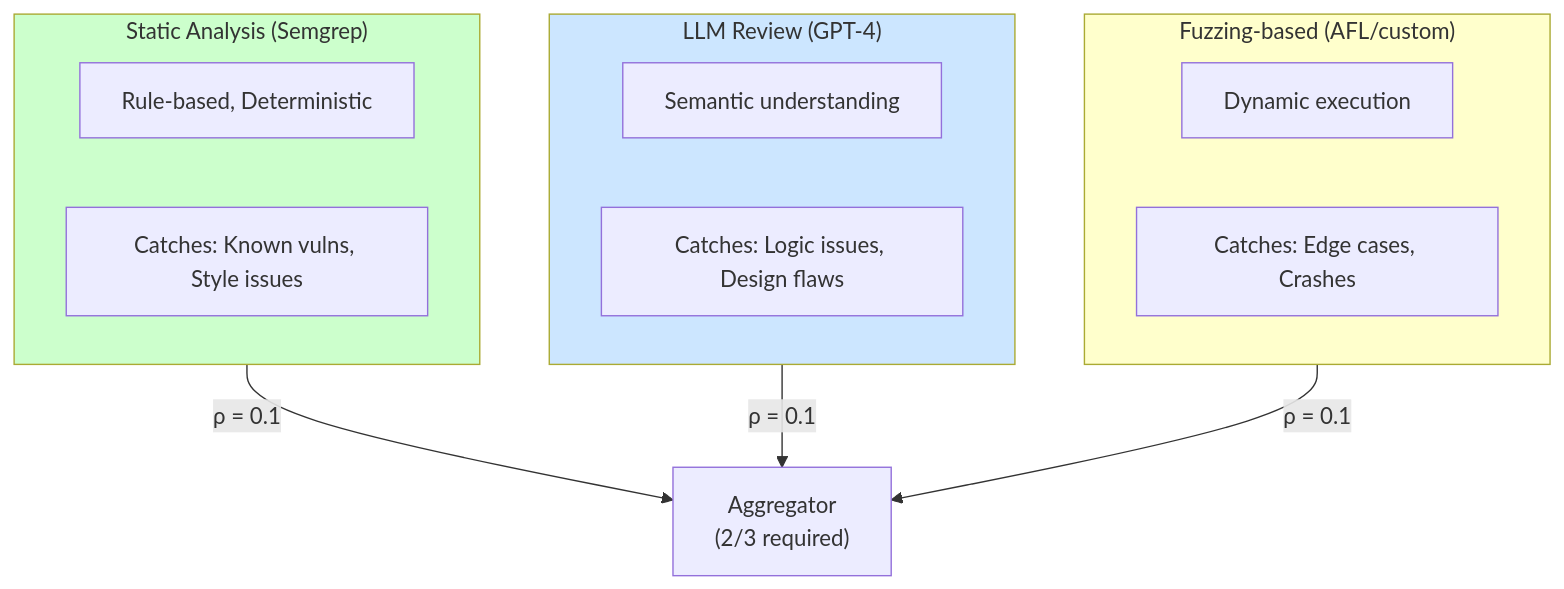
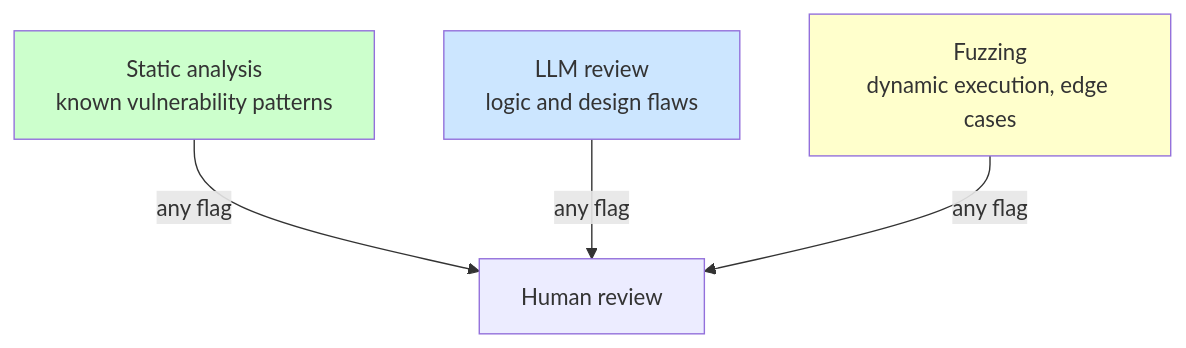
The third of 9 diagrams in apps/delegation-risk/src/content/docs/entanglements/case-studies/examples.md (quantified-uncertainty/cairn), drawn with Mermaid before and after one commit. The commit also changed other lines of this file and 253 other files, not shown here.

````diff
--- a/apps/delegation-risk/src/content/docs/entanglements/case-studies/examples.md
+++ b/apps/delegation-risk/src/content/docs/entanglements/case-studies/examples.md
@@ -115,23 +111,10 @@
 ```mermaid
 flowchart TB
-    subgraph SA["Static Analysis (Semgrep)"]
-        SA1["Rule-based, Deterministic"]
-        SA2["Catches: Known vulns, Style issues"]
-    end
-    subgraph LLM["LLM Review (GPT-4)"]
-        LLM1["Semantic understanding"]
-        LLM2["Catches: Logic issues, Design flaws"]
-    end
-    subgraph FZ["Fuzzing-based (AFL/custom)"]
-        FZ1["Dynamic execution"]
-        FZ2["Catches: Edge cases, Crashes"]
-    end
-
-    SA -->|"ρ = 0.1"| AG["Aggregator<br/>(2/3 required)"]
-    LLM -->|"ρ = 0.1"| AG
-    FZ -->|"ρ = 0.1"| AG
+    SA["Static analysis<br/>known vulnerability patterns"] -->|"any flag"| AG["Human review"]
+    LLM["LLM review<br/>logic and design flaws"] -->|"any flag"| AG
+    FZ["Fuzzing<br/>dynamic execution, edge cases"] -->|"any flag"| AG
 
     style SA fill:#ccffcc
     style LLM fill:#cce6ff
     style FZ fill:#ffffcc
 ```
````
